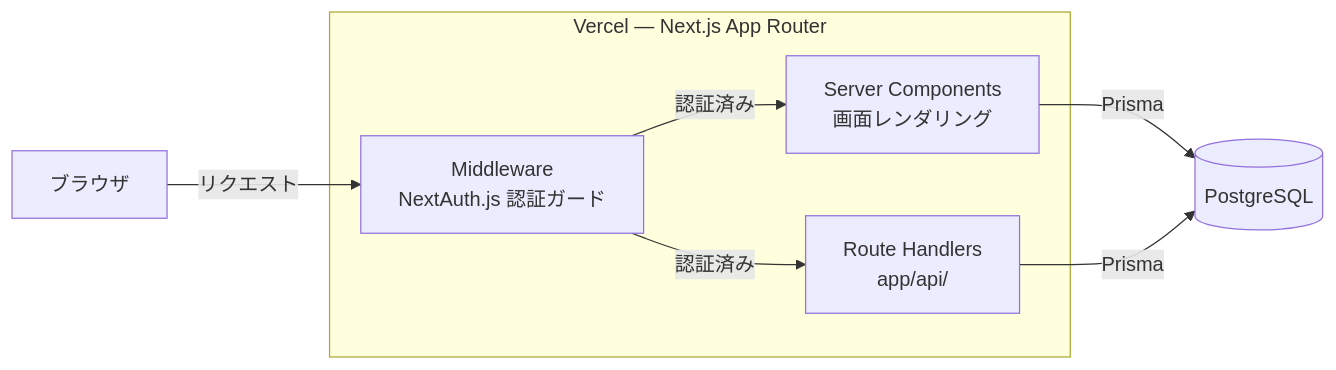
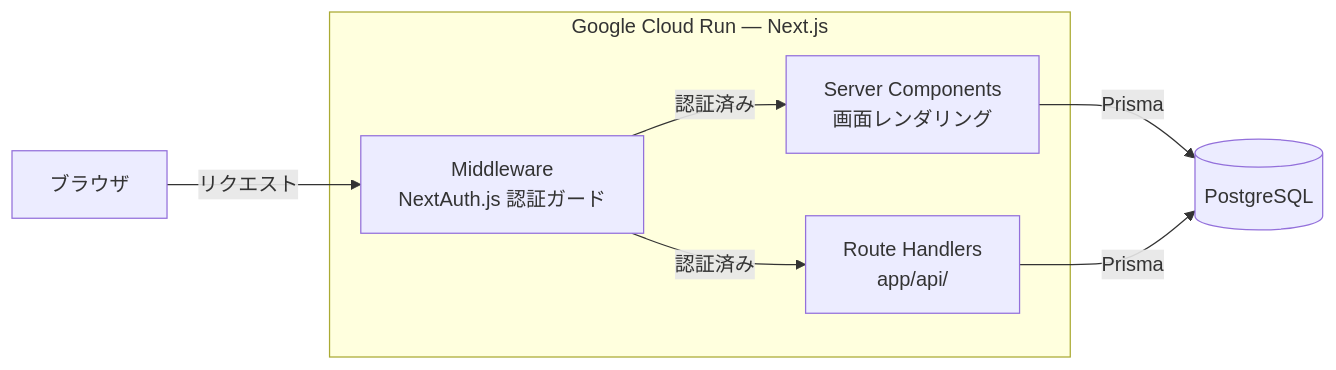
The first of 2 diagrams in docs/superpowers/specs/DESIGN.md (s1120258/daily-report-app), drawn with Mermaid before and after one commit. The commit also changed other lines of this file and 8 other files, not shown here.

````diff
--- a/docs/superpowers/specs/DESIGN.md
+++ b/docs/superpowers/specs/DESIGN.md
@@ -45,18 +46,18 @@
 ```mermaid
 flowchart LR
     Browser["ブラウザ"]
 
-    subgraph Vercel["Vercel — Next.js App Router"]
+    subgraph GCR["Google Cloud Run — Next.js"]
         MW["Middleware\nNextAuth.js 認証ガード"]
         Pages["Server Components\n画面レンダリング"]
         API["Route Handlers\napp/api/"]
     end
 
     DB[("PostgreSQL")]
 
     Browser -->|"リクエスト"| MW
     MW -->|"認証済み"| Pages
     MW -->|"認証済み"| API
     Pages -->|"Prisma"| DB
     API -->|"Prisma"| DB
 ```
````
